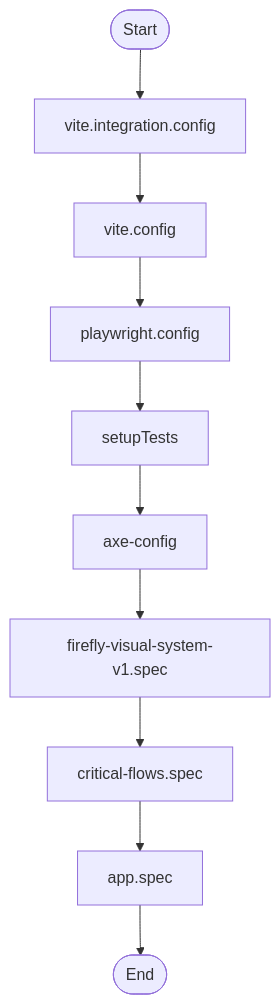
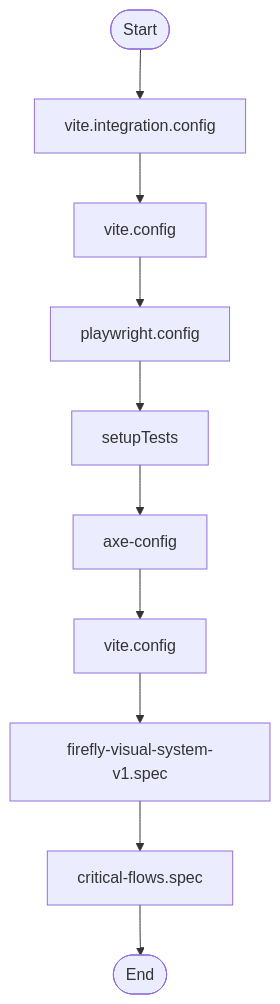
Before and after one commit to jscraik/firefly-narrative: the diagram in .diagram/flow.mmd, drawn with Mermaid. The commit also changed 8 other files, not shown here.

First line of the commit message:
chore(diagrams): generate architecture diagrams

```diff
--- a/.diagram/flow.mmd
+++ b/.diagram/flow.mmd
@@ -1,20 +1,20 @@
 flowchart TD
   Start(["Start"])
   vite_integration_config_033b7d32["vite.integration.config"]
   Start --> vite_integration_config_033b7d32
   vite_config_c473fba0["vite.config"]
   vite_integration_config_033b7d32 --> vite_config_c473fba0
   playwright_config_c5f93a12["playwright.config"]
   vite_config_c473fba0 --> playwright_config_c5f93a12
   setupTests_a1881263["setupTests"]
   playwright_config_c5f93a12 --> setupTests_a1881263
   axe_config_5dab6a88["axe-config"]
   setupTests_a1881263 --> axe_config_5dab6a88
+  vite_config_1_736b3c02["vite.config"]
+  axe_config_5dab6a88 --> vite_config_1_736b3c02
   firefly_visual_system_v1_spec_def11f59["firefly-visual-system-v1.spec"]
-  axe_config_5dab6a88 --> firefly_visual_system_v1_spec_def11f59
+  vite_config_1_736b3c02 --> firefly_visual_system_v1_spec_def11f59
   critical_flows_spec_66db3f9a["critical-flows.spec"]
   firefly_visual_system_v1_spec_def11f59 --> critical_flows_spec_66db3f9a
-  app_spec_fe94aeca["app.spec"]
-  critical_flows_spec_66db3f9a --> app_spec_fe94aeca
   End(["End"])
-  app_spec_fe94aeca --> End
+  critical_flows_spec_66db3f9a --> End
```
